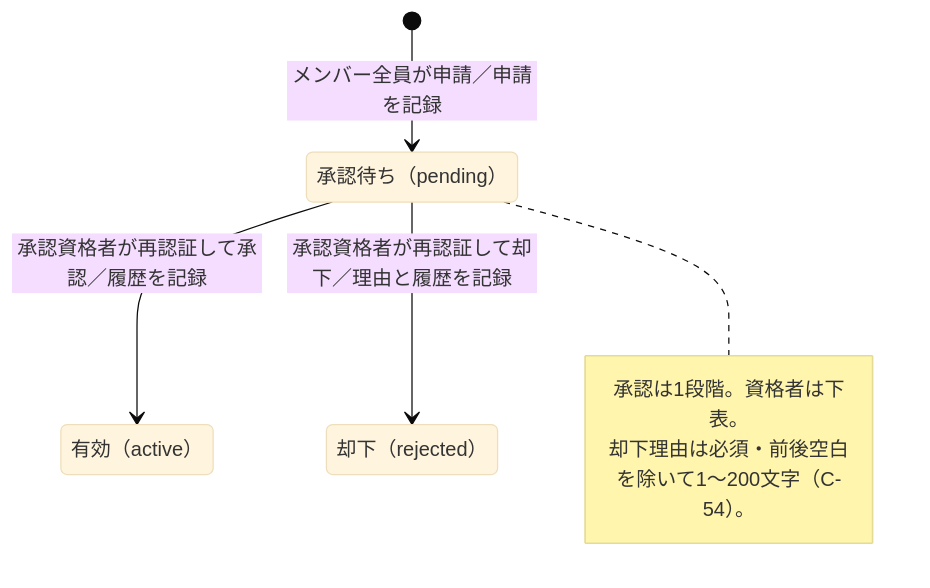
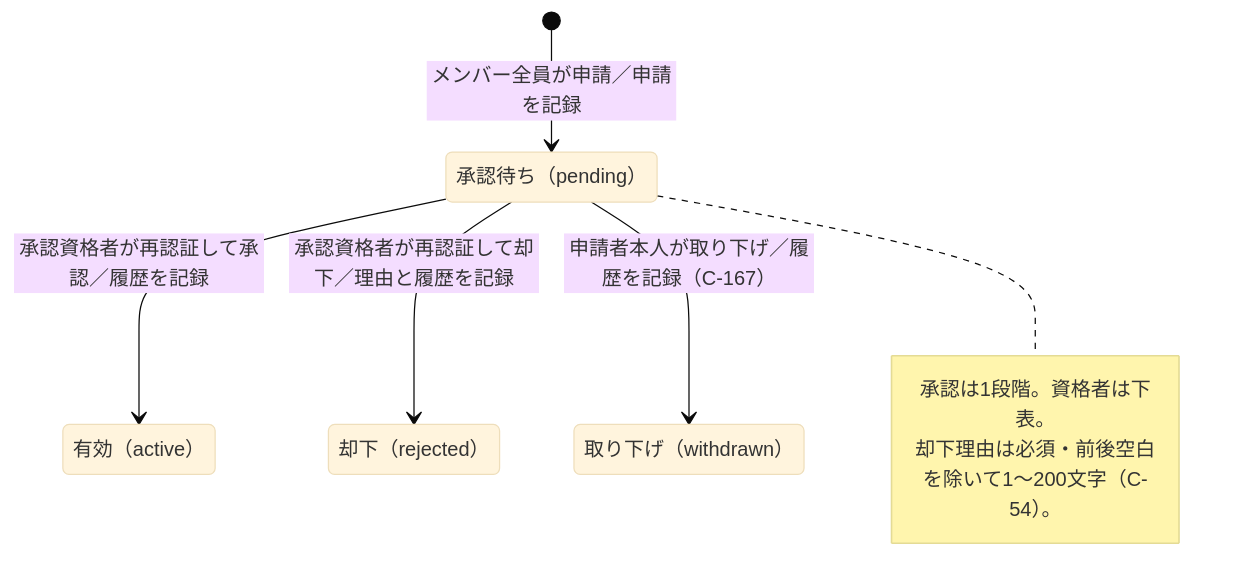
Before and after one commit to yamamotonaoki3/internal-system: the first of 11 diagrams in docs/requirements/state-transitions.md, drawn with Mermaid (base theme). The commit also changed other lines of this file and 72 other files, not shown here.

````diff
--- a/docs/requirements/state-transitions.md
+++ b/docs/requirements/state-transitions.md
@@ -41,13 +41,15 @@
 ```mermaid
 stateDiagram-v2
     state "承認待ち（pending）" as ChPending
     state "有効（active）" as ChActive
     state "却下（rejected）" as ChRejected
+    state "取り下げ（withdrawn）" as ChWithdrawn
     [*] --> ChPending: メンバー全員が申請／申請を記録
     ChPending --> ChActive: 承認資格者が再認証して承認／履歴を記録
     ChPending --> ChRejected: 承認資格者が再認証して却下／理由と履歴を記録
+    ChPending --> ChWithdrawn: 申請者本人が取り下げ／履歴を記録（C-167）
     note right of ChPending
         承認は1段階。資格者は下表。
         却下理由は必須・前後空白を除いて1〜200文字（C-54）。
     end note
 ```
````
